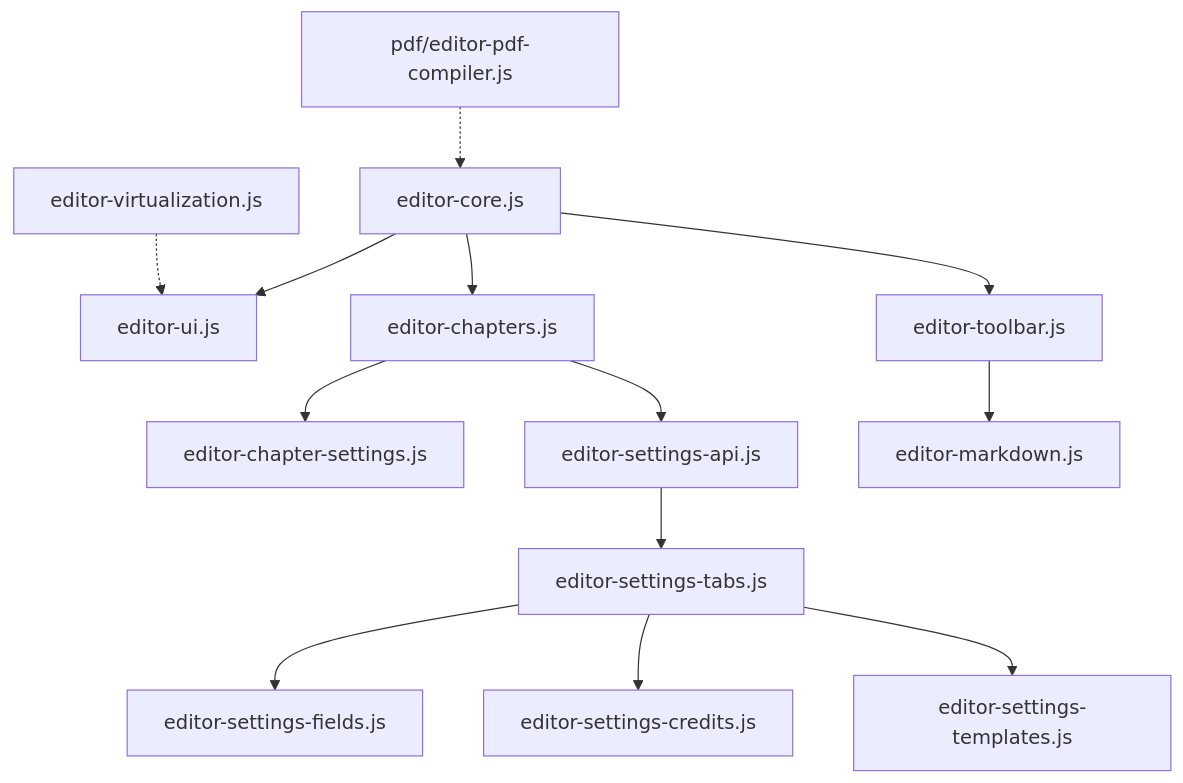
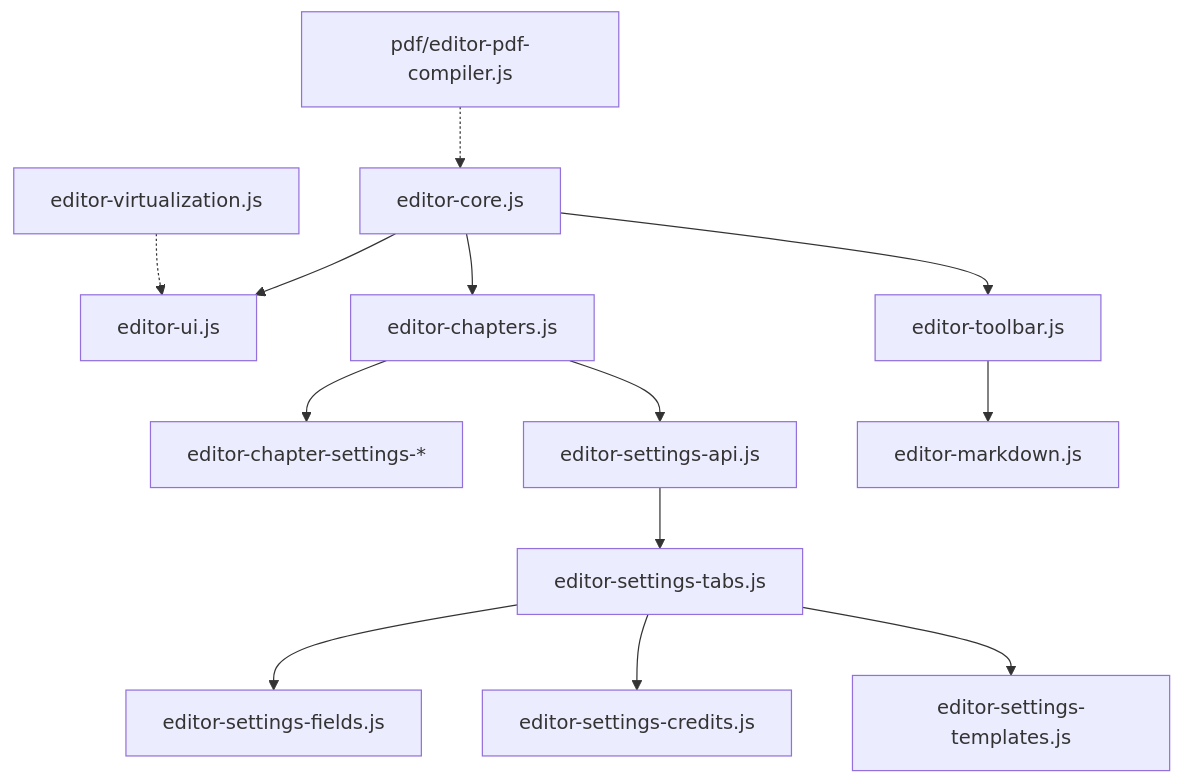
The diagram in assets/js/editor/README.md (npavezibarra/almaden-bookster), drawn with Mermaid before and after one commit. The commit also changed other lines of this file and 72 other files, not shown here.

````diff
--- a/assets/js/editor/README.md
+++ b/assets/js/editor/README.md
@@ -30,24 +30,24 @@
 ```mermaid
 graph TD
     %% Núcleo y UI
     Core[editor-core.js] --> UI[editor-ui.js]
     Core --> Chapters[editor-chapters.js]
     
     %% Gestión de Capítulos y Ajustes
-    Chapters --> ChapterSettings[editor-chapter-settings.js]
+    Chapters --> ChapterSettings[editor-chapter-settings-*]
     Chapters --> SettingsAPI[editor-settings-api.js]
     
     %% Barra de Herramientas e Inputs
     Toolbar[editor-toolbar.js] --> Markdown[editor-markdown.js]
     Core --> Toolbar
     
     %% Configuración General
     SettingsAPI --> SettingsTabs[editor-settings-tabs.js]
     SettingsTabs --> SettingsFields[editor-settings-fields.js]
     SettingsTabs --> SettingsCredits[editor-settings-credits.js]
     SettingsTabs --> SettingsTemplates[editor-settings-templates.js]
     
     %% Renderizado y Rendimiento
     PDFCompiler[pdf/editor-pdf-compiler.js] -.-> Core
     PDFVirtualizer[editor-virtualization.js] -.-> UI
 ```
````
